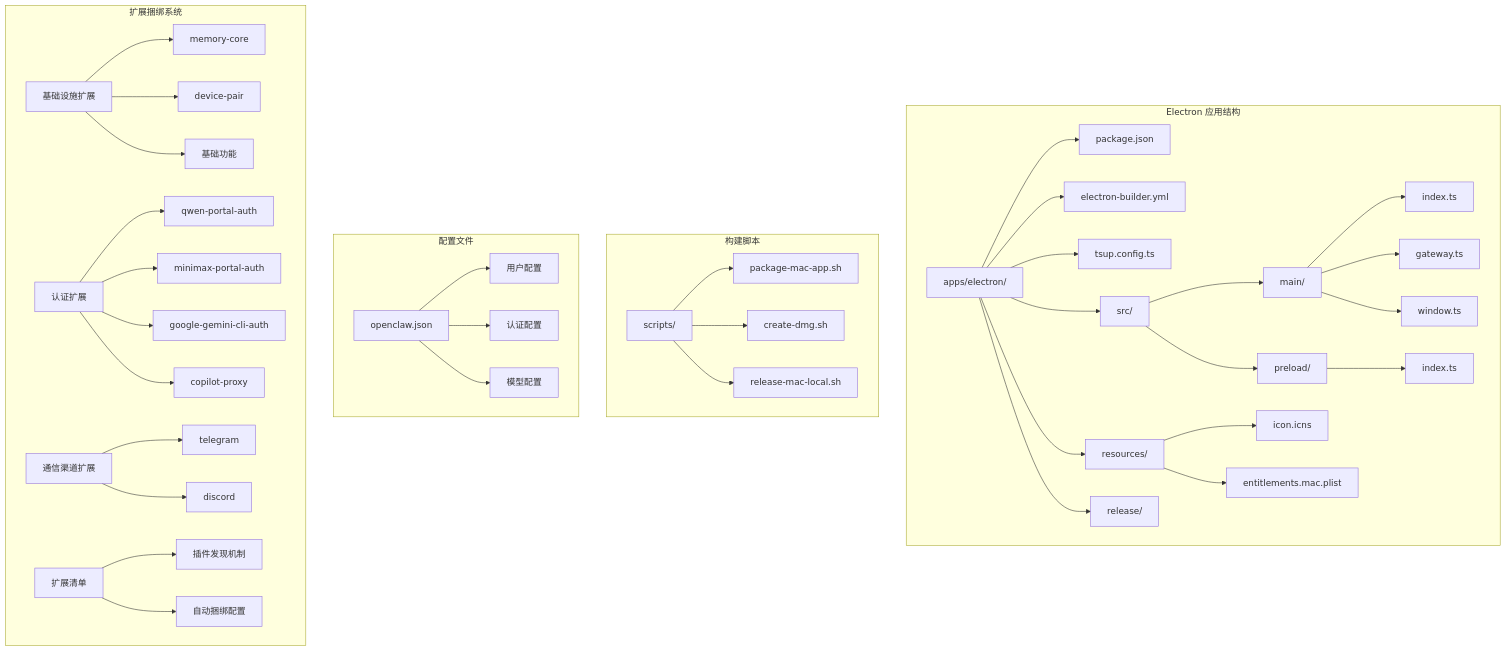
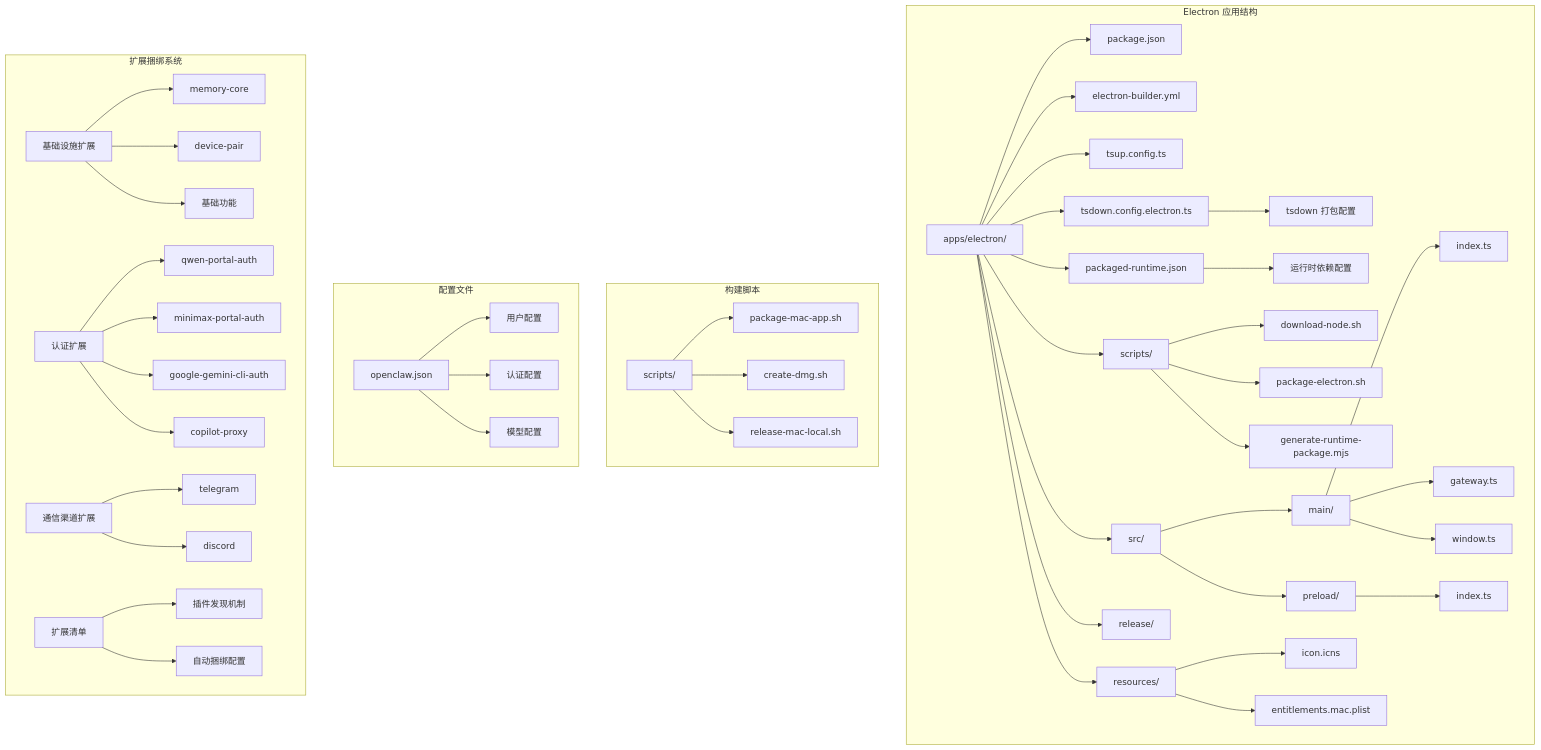
One commit to verse-ai-org/openclaw changed the first of 12 diagrams in .qoder/repowiki/zh/content/Electron Packaging Configuration.md. Above: the diagram before and after it, drawn with Mermaid. The commit also changed other lines of this file and 27 other files, not shown here.

````diff
--- a/.qoder/repowiki/zh/content/Electron Packaging Configuration.md
+++ b/.qoder/repowiki/zh/content/Electron Packaging Configuration.md
@@ -67,42 +80,50 @@
 ```mermaid
 graph TB
 subgraph "Electron 应用结构"
 A[apps/electron/] --> B[package.json]
 A --> C[electron-builder.yml]
 A --> D[tsup.config.ts]
-A --> E[src/]
-A --> F[resources/]
-A --> G[release/]
-E --> H[main/]
-E --> I[preload/]
-H --> J[index.ts]
-H --> K[gateway.ts]
-H --> L[window.ts]
-I --> M[index.ts]
-F --> N[icon.icns]
-F --> O[entitlements.mac.plist]
+A --> E[tsdown.config.electron.ts]
+A --> F[packaged-runtime.json]
+A --> G[src/]
+A --> H[resources/]
+A --> I[release/]
+A --> J[scripts/]
+E --> K[tsdown 打包配置]
+F --> L[运行时依赖配置]
+J --> M[download-node.sh]
+J --> N[package-electron.sh]
+J --> O[generate-runtime-package.mjs]
+G --> P[main/]
+G --> Q[preload/]
+P --> R[index.ts]
+P --> S[gateway.ts]
+P --> T[window.ts]
+Q --> U[index.ts]
+H --> V[icon.icns]
+H --> W[entitlements.mac.plist]
 end
 subgraph "构建脚本"
-P[scripts/] --> Q[package-mac-app.sh]
-P --> R[create-dmg.sh]
-P --> S[release-mac-local.sh]
+X[scripts/] --> Y[package-mac-app.sh]
+X --> Z[create-dmg.sh]
+X --> AA[release-mac-local.sh]
 end
 subgraph "配置文件"
-T[openclaw.json] --> U[用户配置]
-T --> V[认证配置]
-T --> W[模型配置]
+AB[openclaw.json] --> AC[用户配置]
+AB --> AD[认证配置]
+AB --> AE[模型配置]
 end
 subgraph "扩展捆绑系统"
-U1[基础设施扩展] --> U2[memory-core]
-U1 --> U3[device-pair]
-U1 --> U4[基础功能]
-U5[认证扩展] --> U6[qwen-portal-auth]
-U5 --> U7[minimax-portal-auth]
-U5 --> U8[google-gemini-cli-auth]
-U5 --> U9[copilot-proxy]
-U10[通信渠道扩展] --> U11[telegram]
-U10 --> U12[discord]
-U13[扩展清单] --> U14[插件发现机制]
-U13 --> U15[自动捆绑配置]
+AF[基础设施扩展] --> AG[memory-core]
+AF --> AH[device-pair]
+AF --> AI[基础功能]
+AJ[认证扩展] --> AK[qwen-portal-auth]
+AJ --> AL[minimax-portal-auth]
+AJ --> AM[google-gemini-cli-auth]
+AJ --> AN[copilot-proxy]
+AO[通信渠道扩展] --> AP[telegram]
+AO --> AQ[discord]
+AR[扩展清单] --> AS[插件发现机制]
+AR --> AT[自动捆绑配置]
 end
 ```
````
